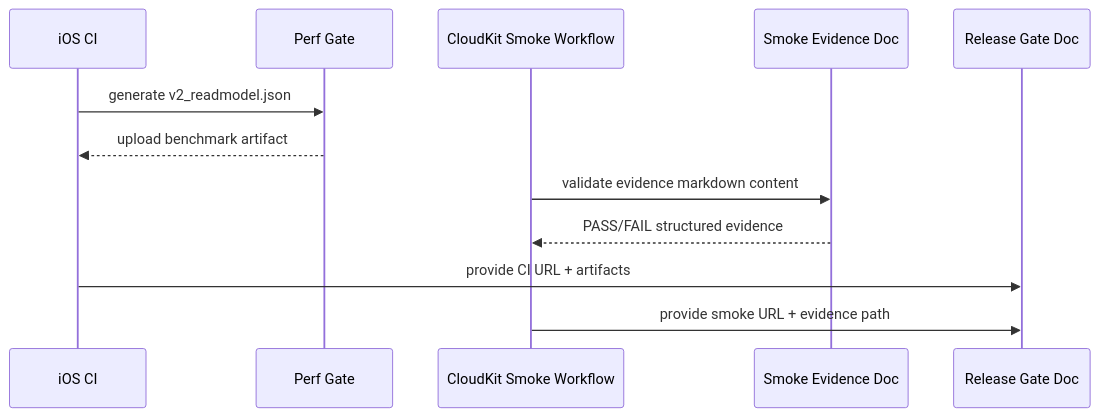
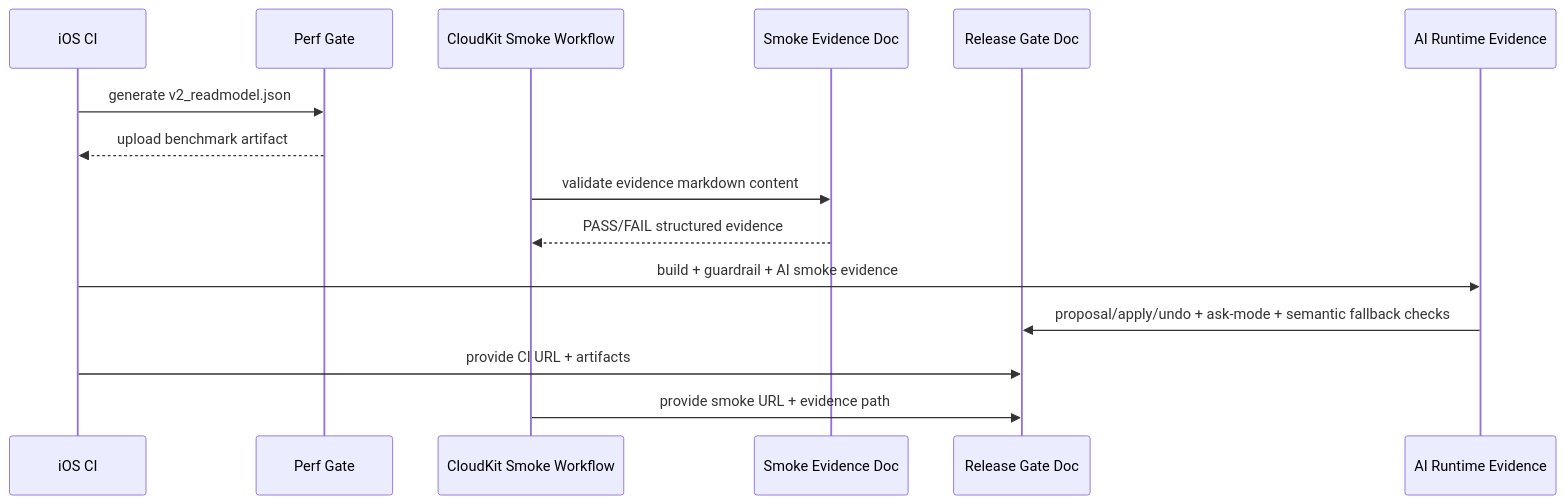
One commit to Saransh-Sharma/Tasker changed the second of 2 diagrams in docs/operations/ci-release-and-guardrails.md. Above: the diagram before and after it, drawn with Mermaid. The commit also changed other lines of this file and 2 other files, not shown here.

````diff
--- a/docs/operations/ci-release-and-guardrails.md
+++ b/docs/operations/ci-release-and-guardrails.md
@@ -55,15 +55,18 @@
 ```mermaid
 sequenceDiagram
     participant CI as iOS CI
     participant PERF as Perf Gate
     participant SMOKE as CloudKit Smoke Workflow
     participant DOC as Smoke Evidence Doc
     participant RG as Release Gate Doc
+    participant AI as AI Runtime Evidence
 
     CI->>PERF: generate v2_readmodel.json
     PERF-->>CI: upload benchmark artifact
     SMOKE->>DOC: validate evidence markdown content
     DOC-->>SMOKE: PASS/FAIL structured evidence
+    CI->>AI: build + guardrail + AI smoke evidence
+    AI->>RG: proposal/apply/undo + ask-mode + semantic fallback checks
     CI->>RG: provide CI URL + artifacts
     SMOKE->>RG: provide smoke URL + evidence path
 ```
````
